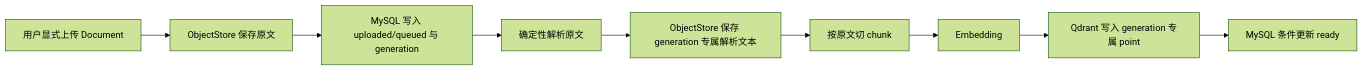
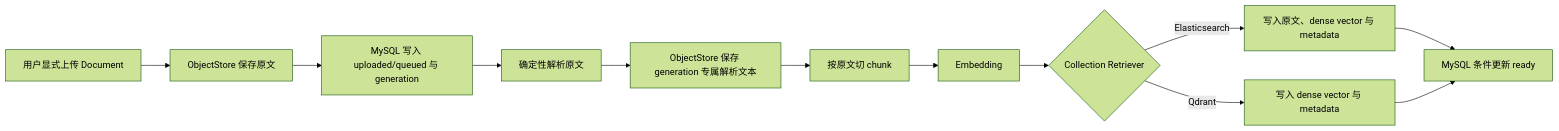
Before and after one commit to wxcfox/auto-reign: the diagram in docs/knowledge-data-flow.md, drawn with Mermaid (forest theme). The commit also changed other lines of this file and 69 other files, not shown here.

````diff
--- a/docs/knowledge-data-flow.md
+++ b/docs/knowledge-data-flow.md
@@ -35,11 +49,14 @@
 ```mermaid
 flowchart LR
     A[用户显式上传 Document] --> B[ObjectStore 保存原文]
     B --> C[MySQL 写入 uploaded/queued 与 generation]
     C --> D[确定性解析原文]
     D --> E[ObjectStore 保存 generation 专属解析文本]
     E --> F[按原文切 chunk]
     F --> G[Embedding]
-    G --> H[Qdrant 写入 generation 专属 point]
-    H --> I[MySQL 条件更新 ready]
+    G --> H{Collection Retriever}
+    H -->|Elasticsearch| I[写入原文、dense vector 与 metadata]
+    H -->|Qdrant| J[写入 dense vector 与 metadata]
+    I --> K[MySQL 条件更新 ready]
+    J --> K
 ```
````
